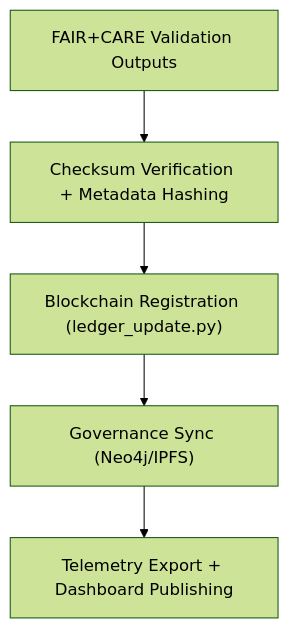
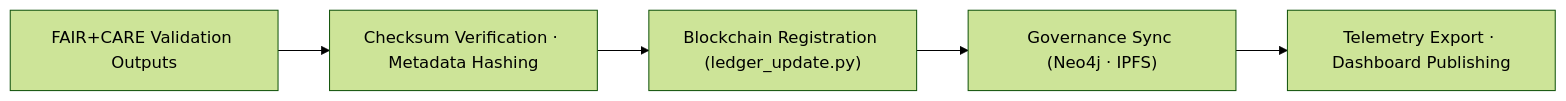
The diagram in src/pipelines/governance/README.md (bartytime4life/Kansas-Frontier-Matrix), drawn with Mermaid (forest theme) before and after one commit. The commit also changed other lines of this file, not shown here.

````diff
--- a/src/pipelines/governance/README.md
+++ b/src/pipelines/governance/README.md
@@ -68,7 +67,7 @@
 ```mermaid
-flowchart TD
-A["FAIR+CARE Validation Outputs"] --> B["Checksum Verification + Metadata Hashing"]
-B --> C["Blockchain Registration (ledger_update.py)"]
-C --> D["Governance Sync (Neo4j/IPFS)"]
-D --> E["Telemetry Export + Dashboard Publishing"]
+flowchart LR
+    A["FAIR+CARE Validation Outputs"] --> B["Checksum Verification · Metadata Hashing"]
+    B --> C["Blockchain Registration (ledger_update.py)"]
+    C --> D["Governance Sync (Neo4j · IPFS)"]
+    D --> E["Telemetry Export · Dashboard Publishing"]
 ```
````
